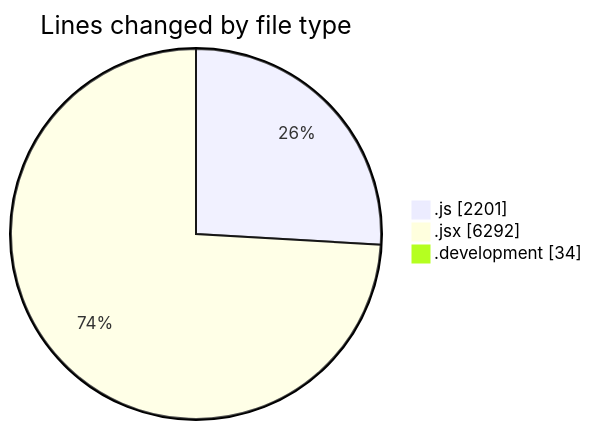
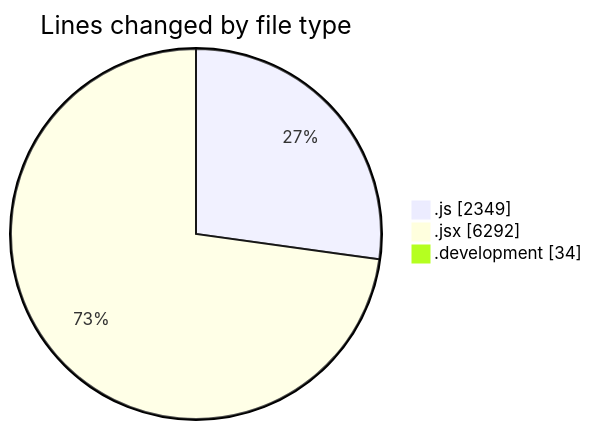
One commit to nxtqubesakshisongat/code-tracking changed the first of 2 diagrams in 2025-09-18/nxtqube_webapp/README.md. Above: the diagram before and after it, drawn with Mermaid. The commit also changed other lines of this file and 1 other file, not shown here.

````diff
--- a/2025-09-18/nxtqube_webapp/README.md
+++ b/2025-09-18/nxtqube_webapp/README.md
@@ -38,7 +39,7 @@
 ```mermaid
 pie showData
 title Lines changed by file type
-".js" : 2201
+".js" : 2349
 ".jsx" : 6292
 ".development" : 34
 ```
````
